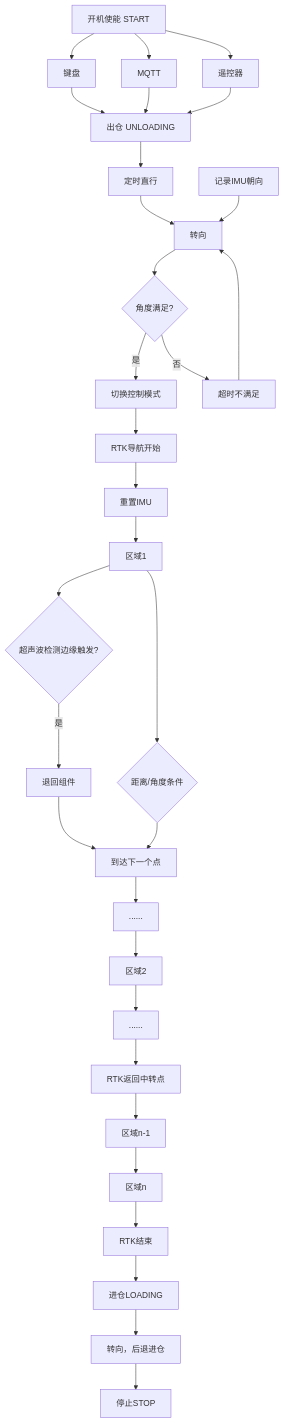
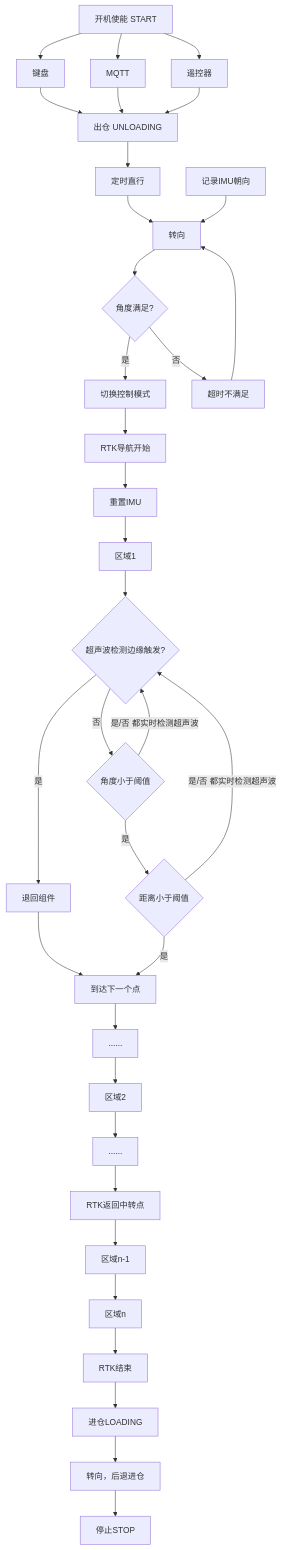
One commit to J123123-oss/robot_cleaning changed the diagram in README.md. Above: the diagram before and after it, drawn with Mermaid. The commit also changed 4 other files, not shown here.

````diff
--- a/README.md
+++ b/README.md
@@ -24,35 +24,37 @@
 ```mermaid
 graph TD
     A[开机使能 START] --> B[遥控器]
     A -->a[键盘]
     a --> C
     A -->b[MQTT]
     b --> C
     B --> C[出仓 UNLOADING]
     C --> D[定时直行]
     D --> d
     d[转向] --> E[RTK起始点]
     E{角度满足?}
     E -- 是 --> F[切换控制模式]
     c[记录IMU朝向]-->d
     G --> e[重置IMU]
     F --> G[RTK导航开始]
     E -- 否 --> W[超时不满足]
     W --> d
     e --> H[区域1]
-    H --> I{超声波检测边缘触发?}
-    I -- 是 --> J[退回组件]
-    J --> K[到达下一个点]
-    H --> L{距离/角度条件}
-    L --> K
-    K --> M[......]
-    M --> N[区域2]
+    H[区域1] --> I{超声波检测边缘触发?}
+    I -- 是 --> J[退回组件] --> K[到达下一个点]
+    I -- 否 --> L{角度小于阈值}
+    L -->|是/否 都实时检测超声波| I{超声波检测边缘触发?}
+    L -- 是 --> f{距离小于阈值}
+    f -->|是/否 都实时检测超声波| I{超声波检测边缘触发?}
+    f -- 是 --> K[到达下一个点]
+    K --> M[......] --> N[区域2]
     N --> O[......]
     O --> P[RTK返回中转点]
     P --> Q[区域n-1]
     Q --> R[区域n]
     R --> S[RTK结束]
     S --> T[进仓LOADING]
     T --> U[转向，后退进仓]
     U --> V[停止STOP]
+
 ```
````
